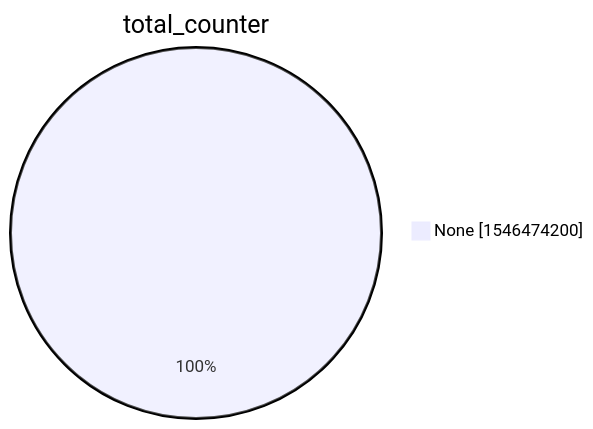
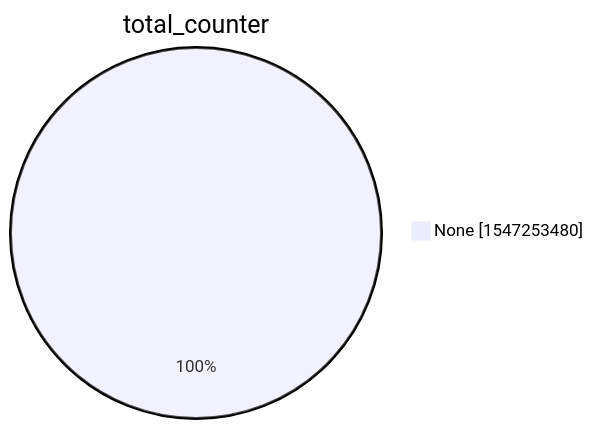
The second of 15 diagrams in xenon2022/README.md (christiankrug/ctmonitor_visualization), drawn with Mermaid before and after one commit. The commit also changed other lines of this file, not shown here.

````diff
--- a/xenon2022/README.md
+++ b/xenon2022/README.md
@@ -9,5 +9,5 @@
 ```mermaid
 pie showData
 title total_counter
-"None" :1546474200
+"None" :1547253480
 ```
````
